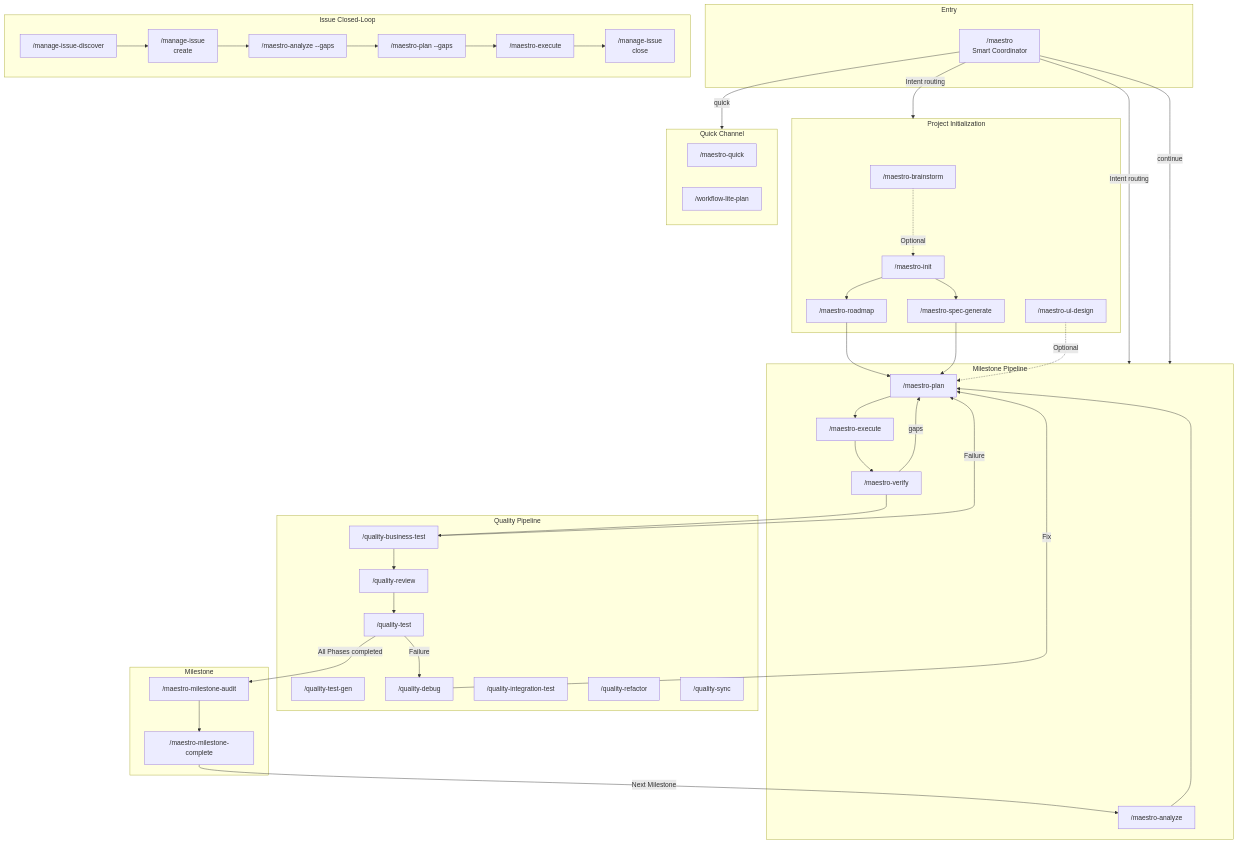
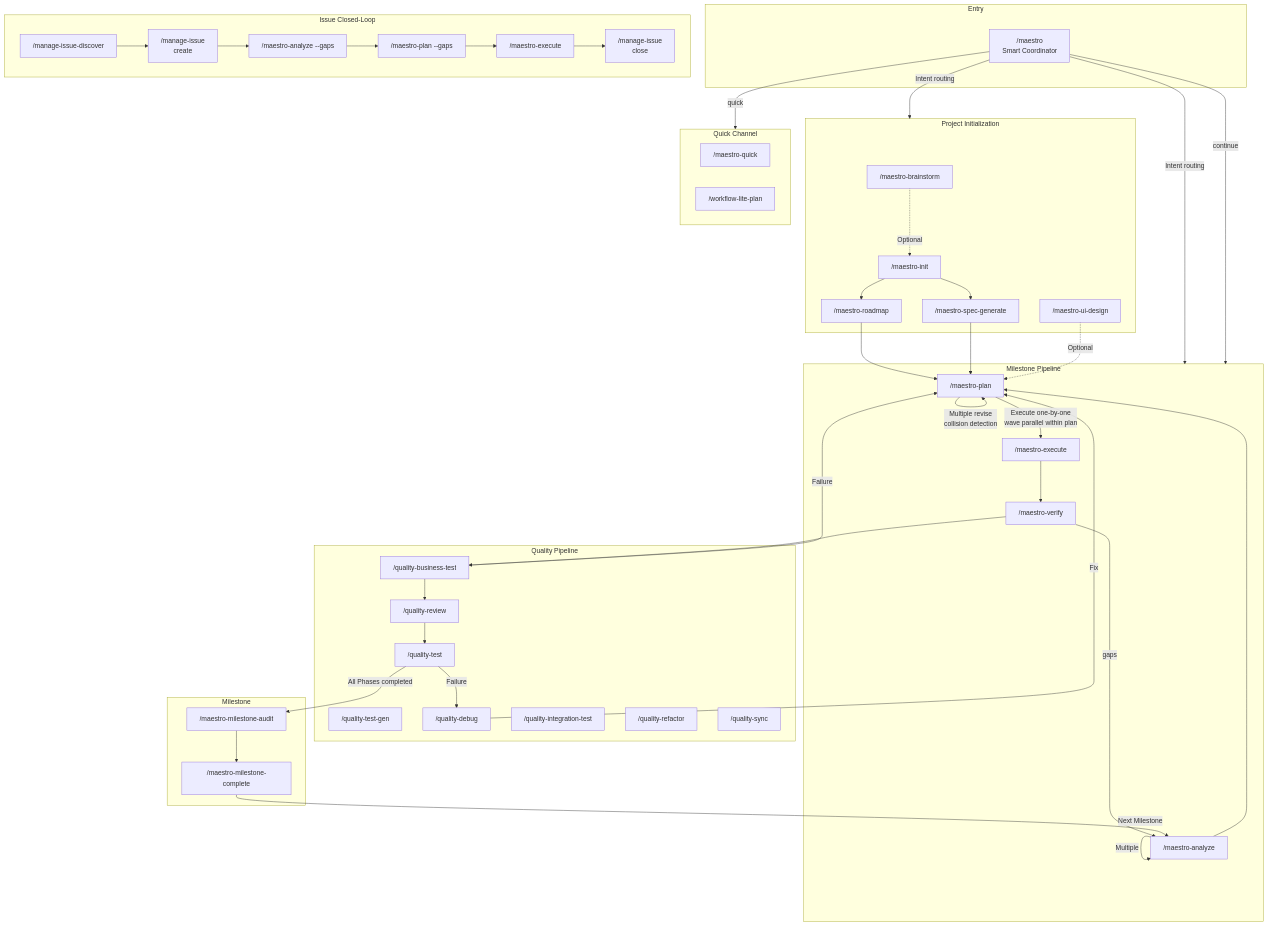
The first of 6 diagrams in guide/command-usage-guide.en.md (catlog22/maestro-flow), drawn with Mermaid before and after one commit. The commit also changed other lines of this file and 11 other files, not shown here.

```diff
--- a/guide/command-usage-guide.en.md
+++ b/guide/command-usage-guide.en.md
@@ -80,16 +80,19 @@
     SG --> PL
     UID -.->|"Optional"| PL
 
+    AN -->|"Multiple"| AN
     AN --> PL
-    PL --> EX
+    PL -->|"Multiple revise<br>collision detection"| PL
+    PL -->|"Execute one-by-one<br>wave parallel within plan"| EX
     EX --> VF
     VF --> QBT
     QBT --> QR
     QR --> QT
     QT -->|"All Phases completed"| MA
 
+    %% Feedback loops
+    VF -->|"gaps"| AN
     QBT -->|"Failure"| PL
-    VF -->|gaps| PL
     QT -->|"Failure"| QD
     QD -->|"Fix"| PL
 
```
